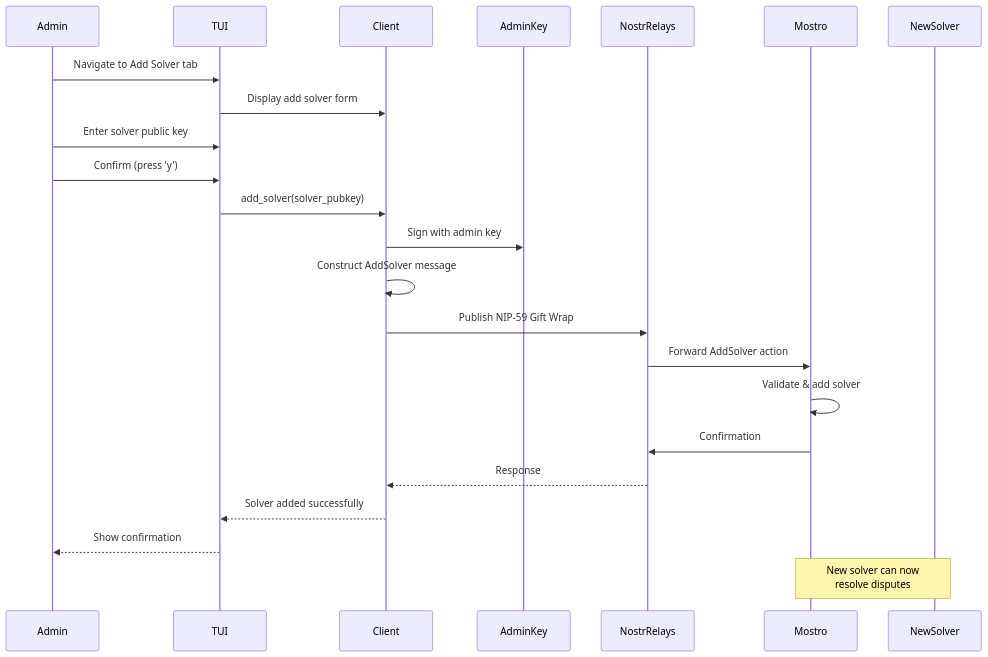
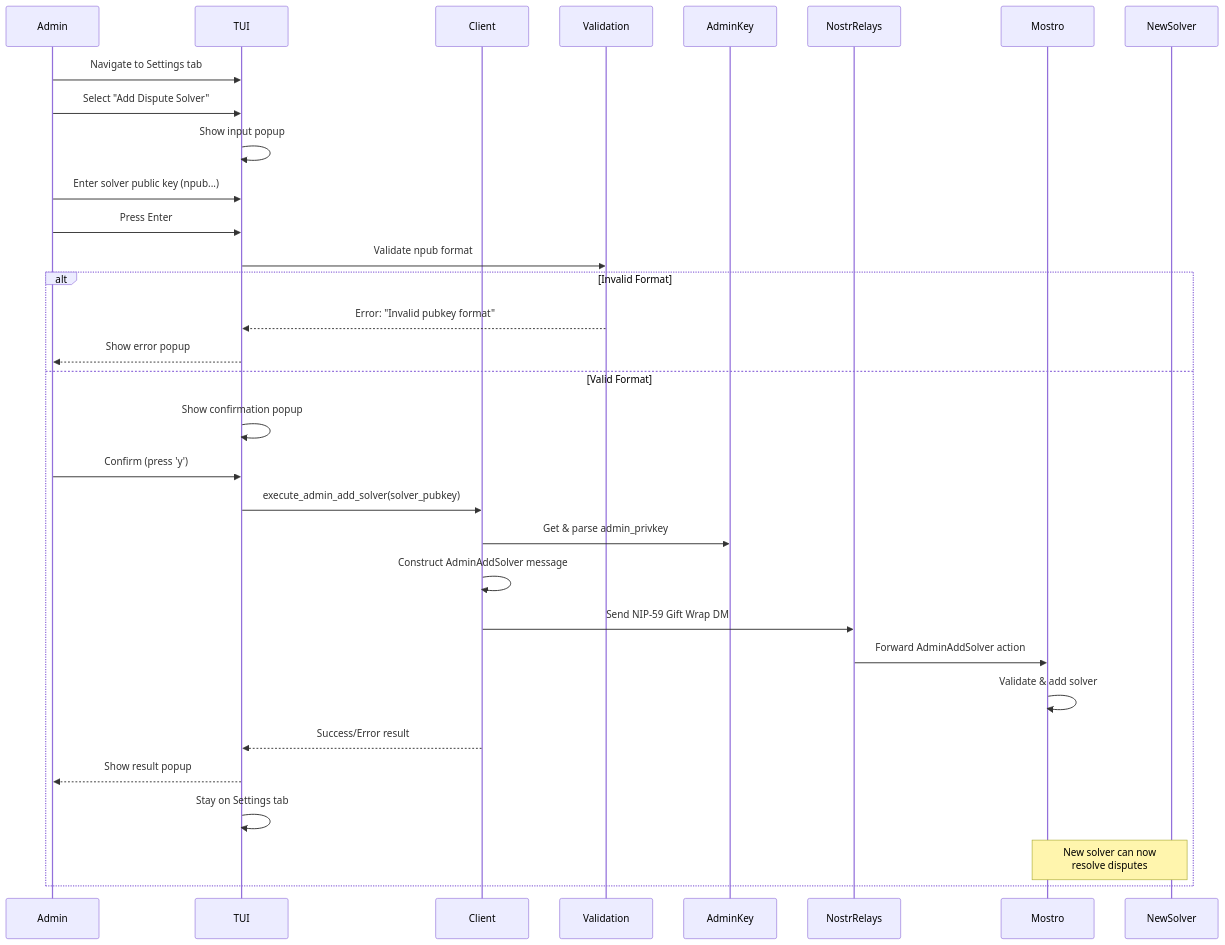
The third of 5 diagrams in docs/ADMIN_DISPUTES.md (MostroP2P/mostrix), drawn with Mermaid before and after one commit. The commit also changed other lines of this file, not shown here.

Commit message:
docs: Added current status to ADMIN_DISPUTES.md to align docs

````diff
--- a/docs/ADMIN_DISPUTES.md
+++ b/docs/ADMIN_DISPUTES.md
@@ -287,26 +327,35 @@
 ```mermaid
 sequenceDiagram
     participant Admin
     participant TUI
     participant Client
+    participant Validation
     participant AdminKey
     participant NostrRelays
     participant Mostro
     participant NewSolver
 
-    Admin->>TUI: Navigate to Add Solver tab
-    TUI->>Client: Display add solver form
-    Admin->>TUI: Enter solver public key
-    Admin->>TUI: Confirm (press 'y')
-    TUI->>Client: add_solver(solver_pubkey)
-    Client->>AdminKey: Sign with admin key
-    Client->>Client: Construct AddSolver message
-    Client->>NostrRelays: Publish NIP-59 Gift Wrap
-    NostrRelays->>Mostro: Forward AddSolver action
-    Mostro->>Mostro: Validate & add solver
-    Mostro->>NostrRelays: Confirmation
-    NostrRelays-->>Client: Response
-    Client-->>TUI: Solver added successfully
-    TUI-->>Admin: Show confirmation
-    Note over Mostro,NewSolver: New solver can now<br/>resolve disputes
+    Admin->>TUI: Navigate to Settings tab
+    Admin->>TUI: Select "Add Dispute Solver"
+    TUI->>TUI: Show input popup
+    Admin->>TUI: Enter solver public key (npub...)
+    Admin->>TUI: Press Enter
+    TUI->>Validation: Validate npub format
+    alt Invalid Format
+        Validation-->>TUI: Error: "Invalid pubkey format"
+        TUI-->>Admin: Show error popup
+    else Valid Format
+        TUI->>TUI: Show confirmation popup
+        Admin->>TUI: Confirm (press 'y')
+        TUI->>Client: execute_admin_add_solver(solver_pubkey)
+        Client->>AdminKey: Get & parse admin_privkey
+        Client->>Client: Construct AdminAddSolver message
+        Client->>NostrRelays: Send NIP-59 Gift Wrap DM
+        NostrRelays->>Mostro: Forward AdminAddSolver action
+        Mostro->>Mostro: Validate & add solver
+        Client-->>TUI: Success/Error result
+        TUI-->>Admin: Show result popup
+        TUI->>TUI: Stay on Settings tab
+        Note over Mostro,NewSolver: New solver can now<br/>resolve disputes
+    end
 ```
````
